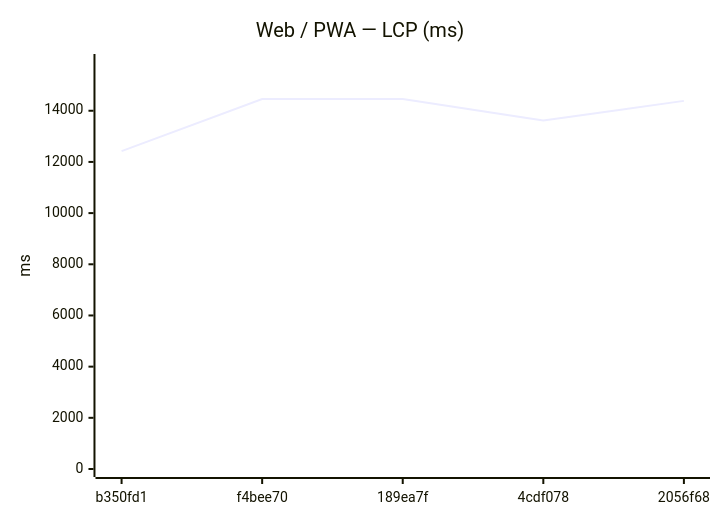
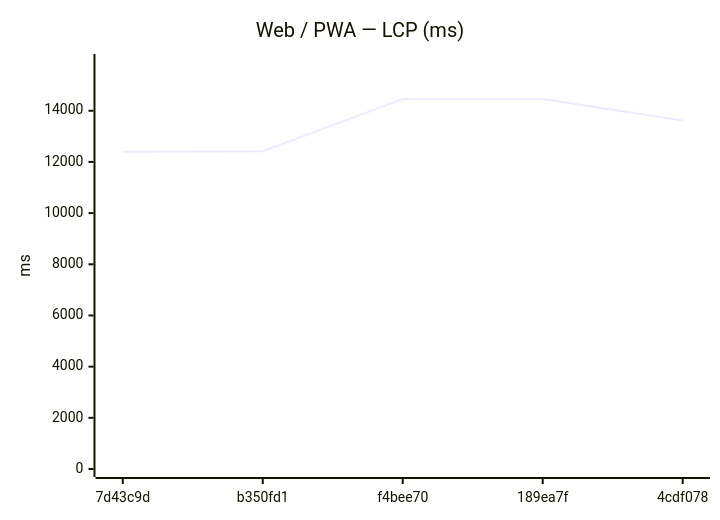
The seventh of 18 diagrams in benchmarks/compare.md (Metaheurist/Rianell), drawn with Mermaid before and after one commit. The commit also changed other lines of this file and 11 other files, not shown here.

````diff
--- a/benchmarks/compare.md
+++ b/benchmarks/compare.md
@@ -117,7 +117,7 @@
 ```mermaid
 xychart-beta
     title "Web / PWA — LCP (ms)"
-    x-axis ["b350fd1", "f4bee70", "189ea7f", "4cdf078", "2056f68"]
+    x-axis ["7d43c9d", "b350fd1", "f4bee70", "189ea7f", "4cdf078"]
     y-axis "ms" 0 --> 15905
-    line [12420, 14457, 14459, 13617, 14386]
+    line [12399, 12420, 14457, 14459, 13617]
 ```
````
